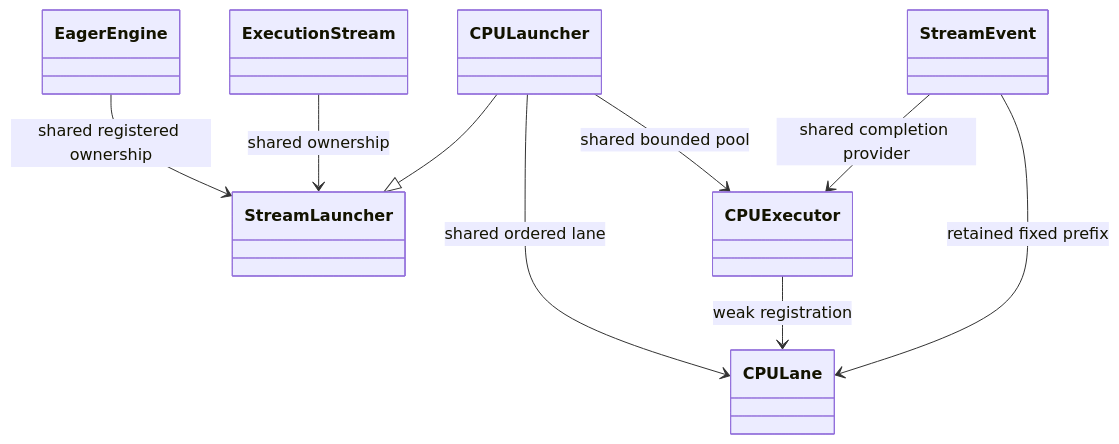
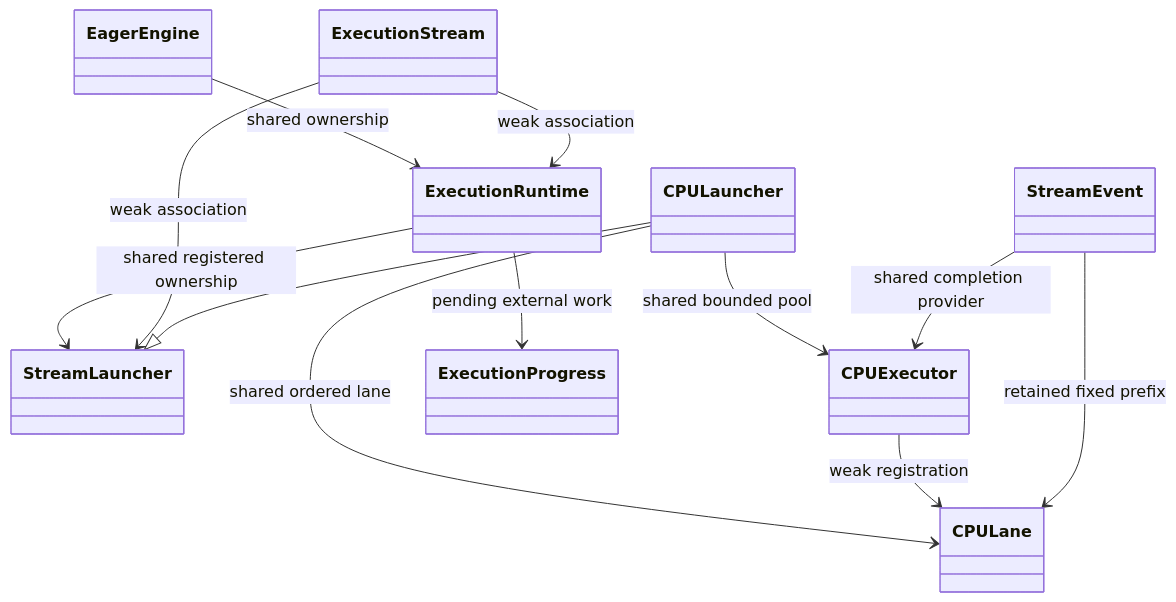
One commit to harryzhou2000/DNDSR changed the first of 3 diagrams in docs/architecture/EagerExecution.md. Above: the diagram before and after it, drawn with Mermaid. The commit also changed other lines of this file and 26 other files, not shown here.

First line of the commit message:
fix(runtime): coordinate eager shutdown and retain asynchronous operands

````diff
--- a/docs/architecture/EagerExecution.md
+++ b/docs/architecture/EagerExecution.md
@@ -61,18 +61,21 @@
 ```mermaid
 classDiagram
     class EagerEngine
     class ExecutionStream
     class StreamLauncher
     class CPULauncher
     class CPUExecutor
     class CPULane
     class StreamEvent
-    EagerEngine --> StreamLauncher : shared registered ownership
-    ExecutionStream --> StreamLauncher : shared ownership
+    EagerEngine --> ExecutionRuntime : shared ownership
+    ExecutionRuntime --> StreamLauncher : shared registered ownership
+    ExecutionRuntime --> ExecutionProgress : pending external work
+    ExecutionStream --> ExecutionRuntime : weak association
+    ExecutionStream --> StreamLauncher : weak association
     CPULauncher --|> StreamLauncher
     CPULauncher --> CPUExecutor : shared bounded pool
     CPULauncher --> CPULane : shared ordered lane
     CPUExecutor --> CPULane : weak registration
     StreamEvent --> CPUExecutor : shared completion provider
     StreamEvent --> CPULane : retained fixed prefix
 ```
````
